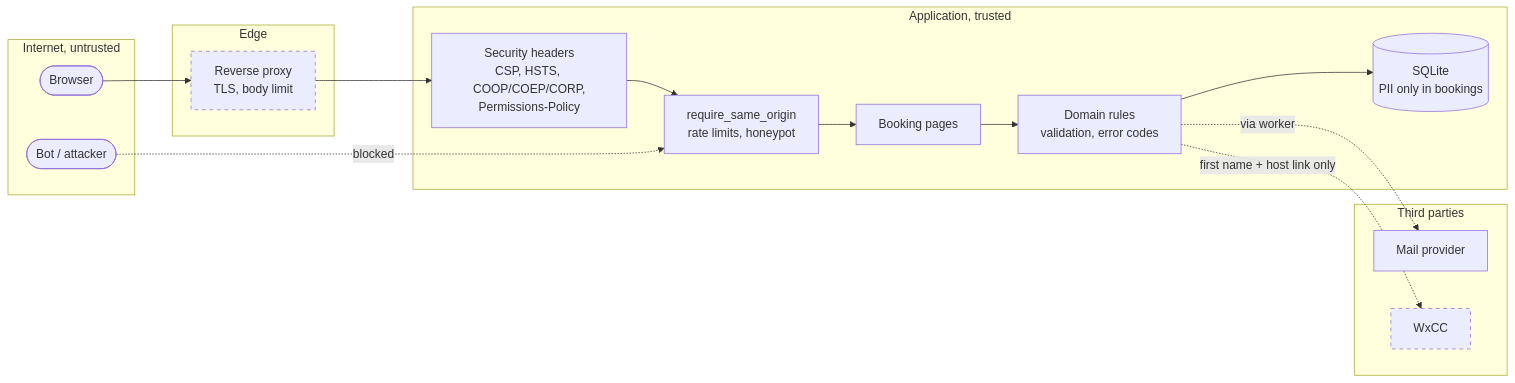
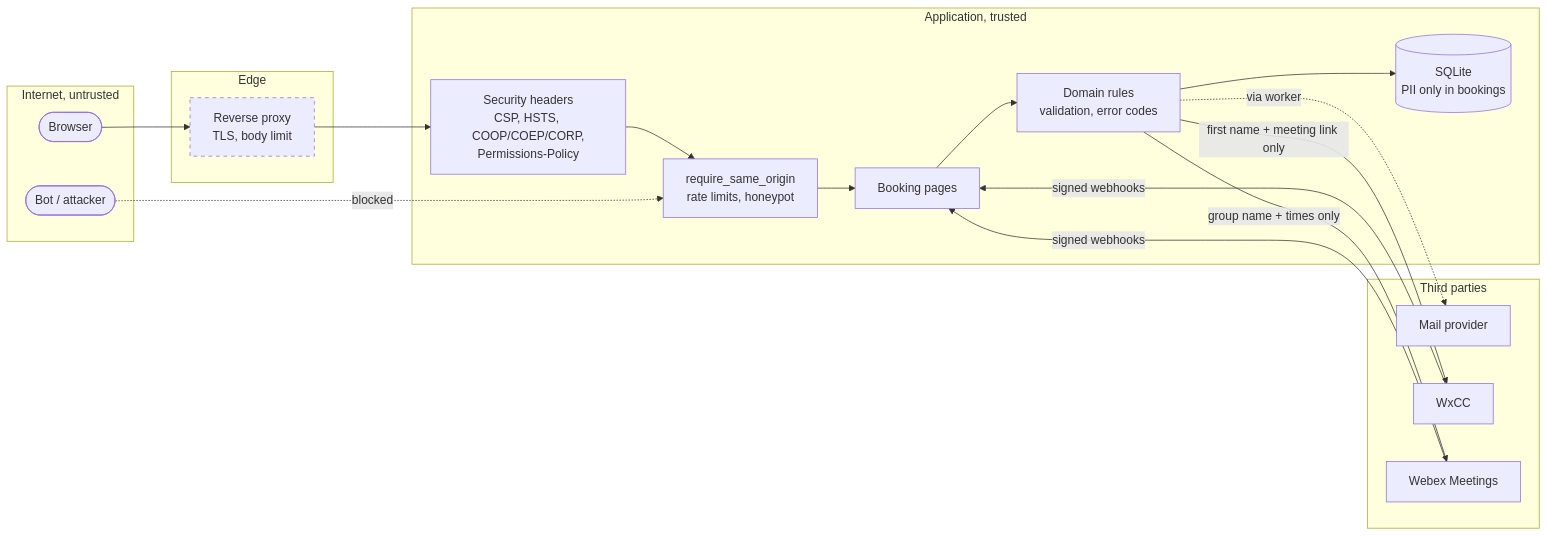
Before and after one commit to 3Corners-Labs/OpenPlanner: diagram 12 of 13 in docs/architecture.md, drawn with Mermaid. The commit also changed other lines of this file and 13 other files, not shown here.

First line of the commit message:
docs: WP5/6 in runbook, threat model, dataflow, architecture; Control Hub checklist

````diff
--- a/docs/architecture.md
+++ b/docs/architecture.md
@@ -424,32 +458,36 @@
 ```mermaid
 flowchart LR
     subgraph internet [Internet, untrusted]
         browser([Browser])
         bot([Bot / attacker])
     end
 
     subgraph edge [Edge]
         proxy[Reverse proxy<br/>TLS, body limit]
     end
 
     subgraph app [Application, trusted]
         mw[Security headers<br/>CSP, HSTS, COOP/COEP/CORP,<br/>Permissions-Policy]
         prot[require_same_origin<br/>rate limits, honeypot]
         pages[Booking pages]
         domain[Domain rules<br/>validation, error codes]
         db[(SQLite<br/>PII only in bookings)]
     end
 
     subgraph ext [Third parties]
         smtp[Mail provider]
         wxcc[WxCC]
+        webex[Webex Meetings]
     end
 
     browser --> proxy --> mw --> prot --> pages --> domain --> db
     bot -. blocked .-> prot
     domain -. via worker .-> smtp
-    domain -. first name + host link only .-> wxcc
+    domain -- first name + meeting link only --> wxcc
+    domain -- group name + times only --> webex
+    wxcc -- signed webhooks --> pages
+    webex -- signed webhooks --> pages
 
     classDef planned stroke-dasharray: 5 5
-    class proxy,wxcc planned
+    class proxy planned
 ```
````
